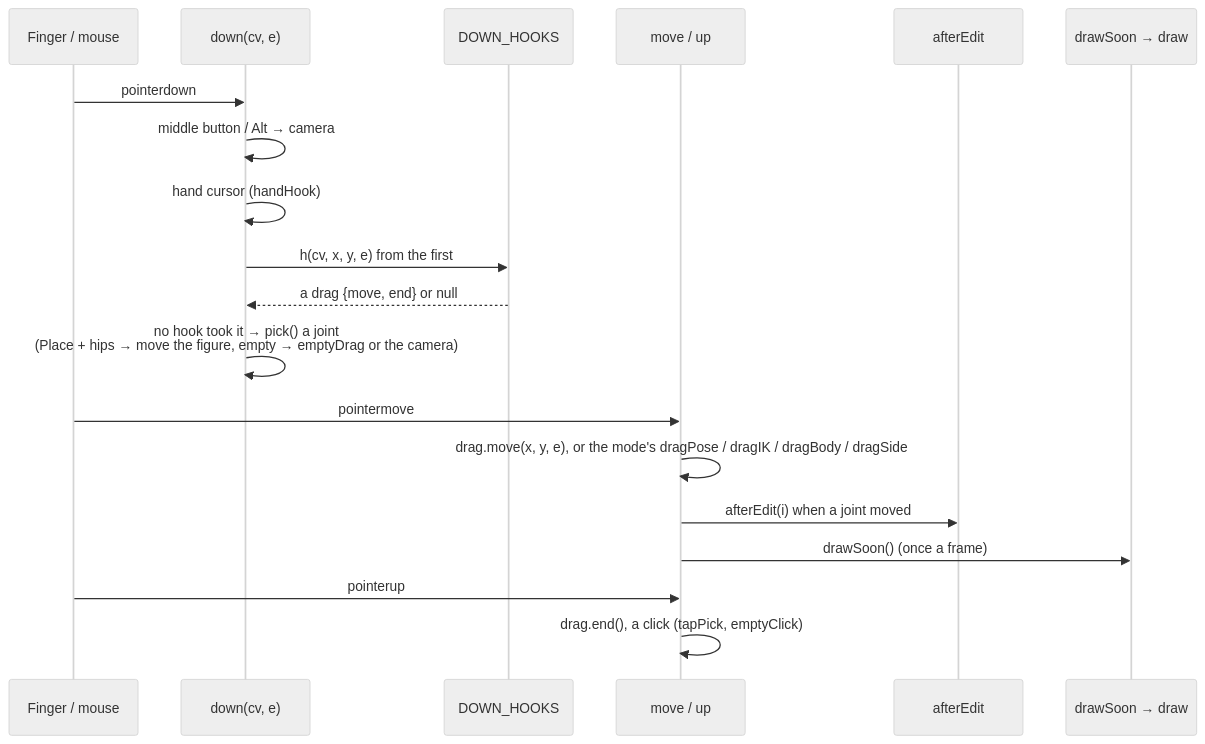
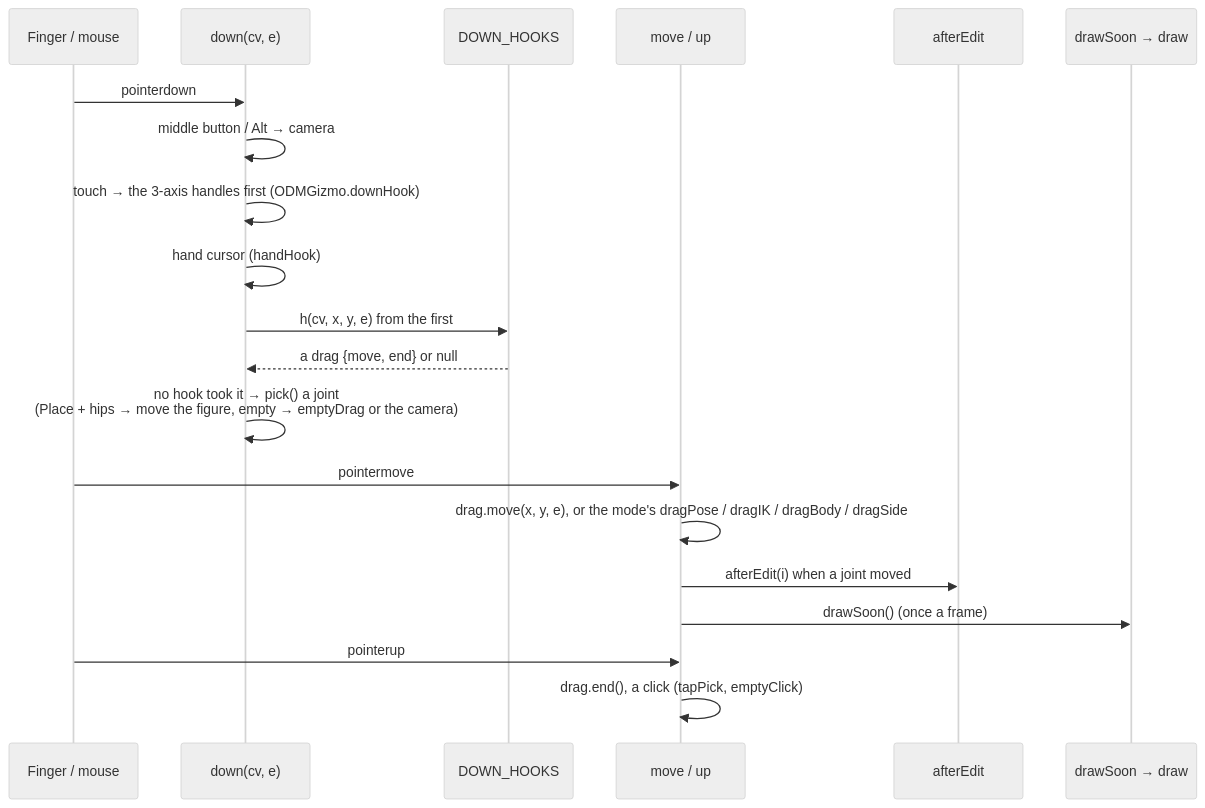
Before and after one commit to qwaxgo/ODM-Poser: the third of 6 diagrams in docs/ARCHITECTURE.md, drawn with Mermaid (neutral theme). The commit also changed other lines of this file and 4 other files, not shown here.

````diff
--- a/docs/ARCHITECTURE.md
+++ b/docs/ARCHITECTURE.md
@@ -357,21 +357,22 @@
 ```mermaid
 sequenceDiagram
   participant U as Finger / mouse
   participant D as down(cv, e)
   participant H as DOWN_HOOKS
   participant M as move / up
   participant E as afterEdit
   participant R as drawSoon → draw
   U->>D: pointerdown
   D->>D: middle button / Alt → camera
+  D->>D: touch → the 3-axis handles first (ODMGizmo.downHook)
   D->>D: hand cursor (handHook)
   D->>H: h(cv, x, y, e) from the first
   H-->>D: a drag {move, end} or null
   D->>D: no hook took it → pick() a joint<br/>(Place + hips → move the figure, empty → emptyDrag or the camera)
   U->>M: pointermove
   M->>M: drag.move(x, y, e), or the mode's dragPose / dragIK / dragBody / dragSide
   M->>E: afterEdit(i) when a joint moved
   M->>R: drawSoon() (once a frame)
   U->>M: pointerup
   M->>M: drag.end(), a click (tapPick, emptyClick)
 ```
````
